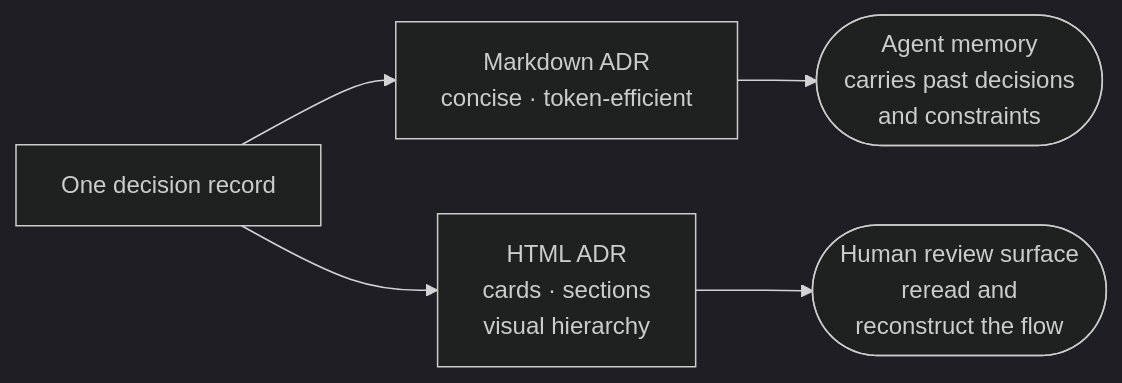
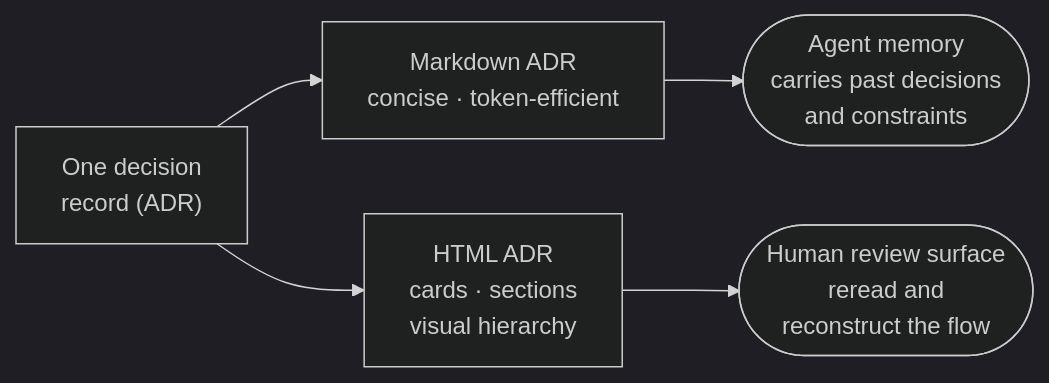
Before and after one commit to tpals0409/Leo-s-Build-Log: the diagram in content/posts/markdown-for-agents-html-for-humans/diagrams/surfaces.en.mmd, drawn with Mermaid (dark theme). The commit also changed 82 other files, not shown here.

```diff
--- a/content/posts/markdown-for-agents-html-for-humans/diagrams/surfaces.en.mmd
+++ b/content/posts/markdown-for-agents-html-for-humans/diagrams/surfaces.en.mmd
@@ -1,5 +1,5 @@
 flowchart LR
-  R[One decision record] --> MD[Markdown ADR<br/>concise · token-efficient]
+  R["One decision<br/>record (ADR)"] --> MD[Markdown ADR<br/>concise · token-efficient]
   R --> HT[HTML ADR<br/>cards · sections<br/>visual hierarchy]
   MD --> AG([Agent memory<br/>carries past decisions<br/>and constraints])
   HT --> PM([Human review surface<br/>reread and<br/>reconstruct the flow])
```
